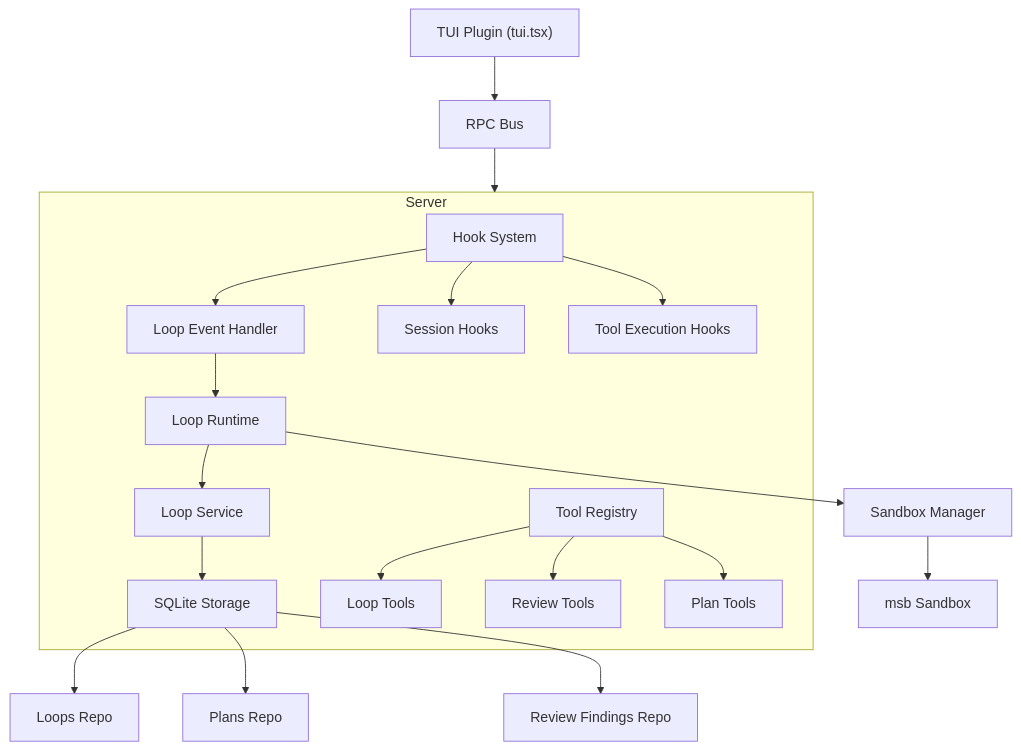
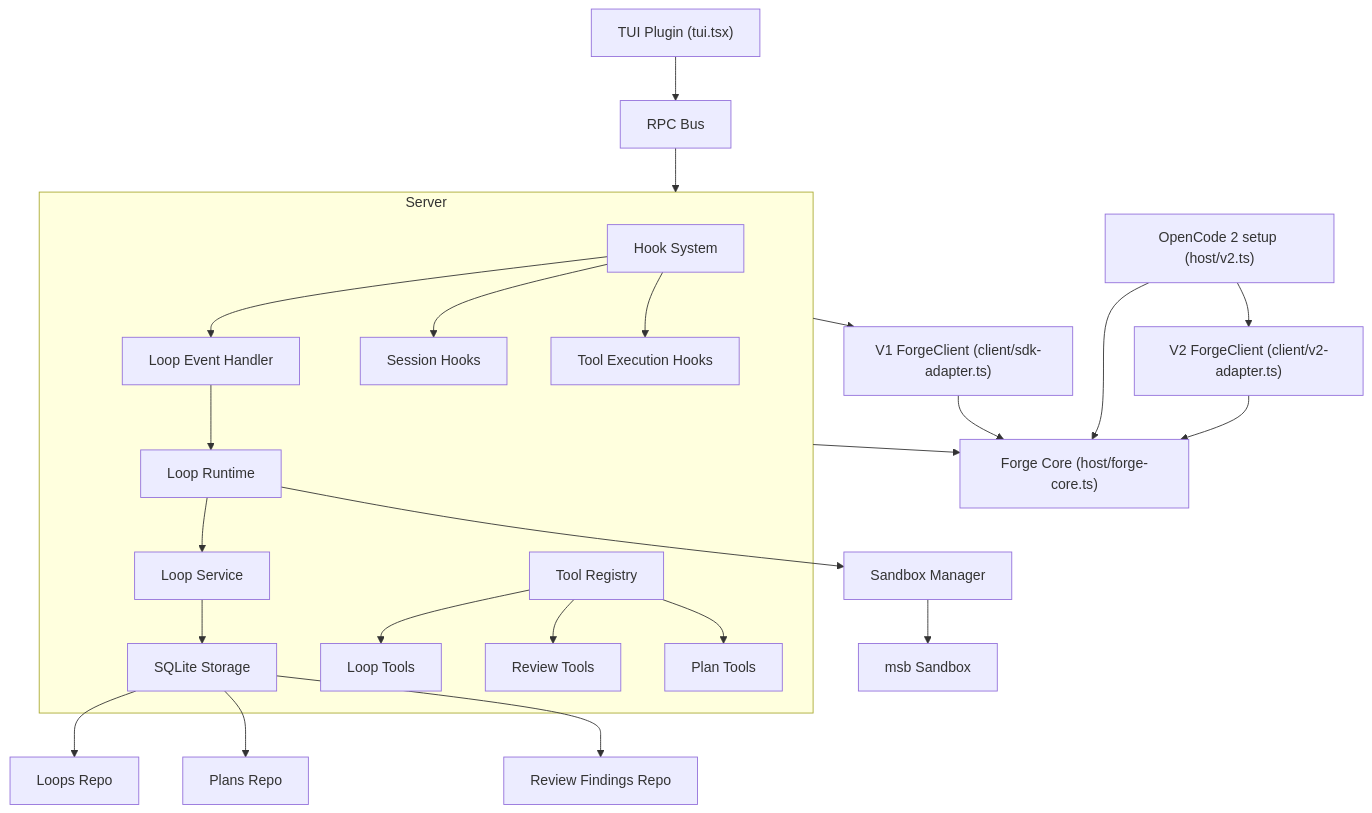
Before and after one commit to chriswritescode-dev/opencode-forge: the diagram in docs/api/_media/architecture.md, drawn with Mermaid. The commit also changed other lines of this file and 32 other files, not shown here.

````diff
--- a/docs/api/_media/architecture.md
+++ b/docs/api/_media/architecture.md
@@ -239,26 +266,33 @@
 ```mermaid
 graph TD
     TUI["TUI Plugin (tui.tsx)"] --> RPC["RPC Bus"]
     RPC --> Server["Server Plugin (index.ts)"]
+    V2["OpenCode 2 setup (host/v2.ts)"] --> Core["Forge Core (host/forge-core.ts)"]
+    Server --> Core
 
     subgraph Server
         Hooks["Hook System"] --> LoopHandler["Loop Event Handler"]
         Hooks --> SessionHooks["Session Hooks"]
         Hooks --> ToolHooks["Tool Execution Hooks"]
 
         LoopHandler --> LoopRuntime["Loop Runtime"]
         LoopRuntime --> LoopService["Loop Service"]
         LoopService --> SQLite["SQLite Storage"]
 
         Tools["Tool Registry"] --> LoopTools["Loop Tools"]
         Tools --> ReviewTools["Review Tools"]
         Tools --> PlanTools["Plan Tools"]
     end
 
+    V2 --> V2Client["V2 ForgeClient (client/v2-adapter.ts)"]
+    Server --> V1Client["V1 ForgeClient (client/sdk-adapter.ts)"]
+    V2Client --> Core
+    V1Client --> Core
+
     LoopRuntime --> SandboxManager["Sandbox Manager"]
     SandboxManager --> Msb["msb Sandbox"]
 
     SQLite --> LoopsRepo["Loops Repo"]
     SQLite --> PlansRepo["Plans Repo"]
     SQLite --> ReviewRepo["Review Findings Repo"]
 ```
````
